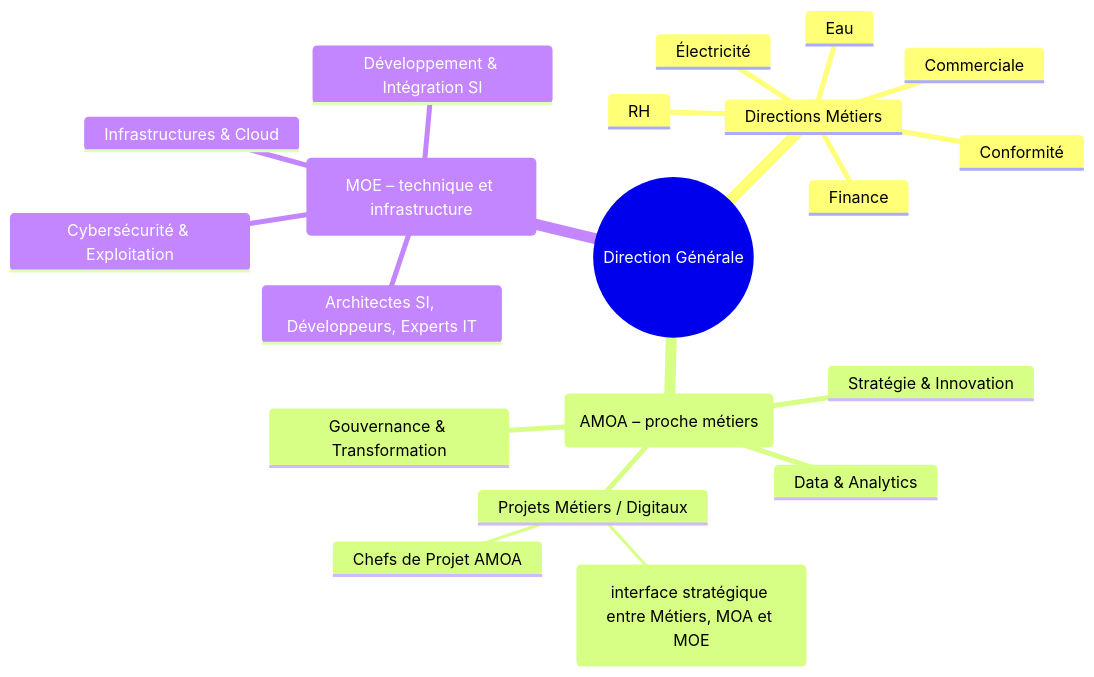
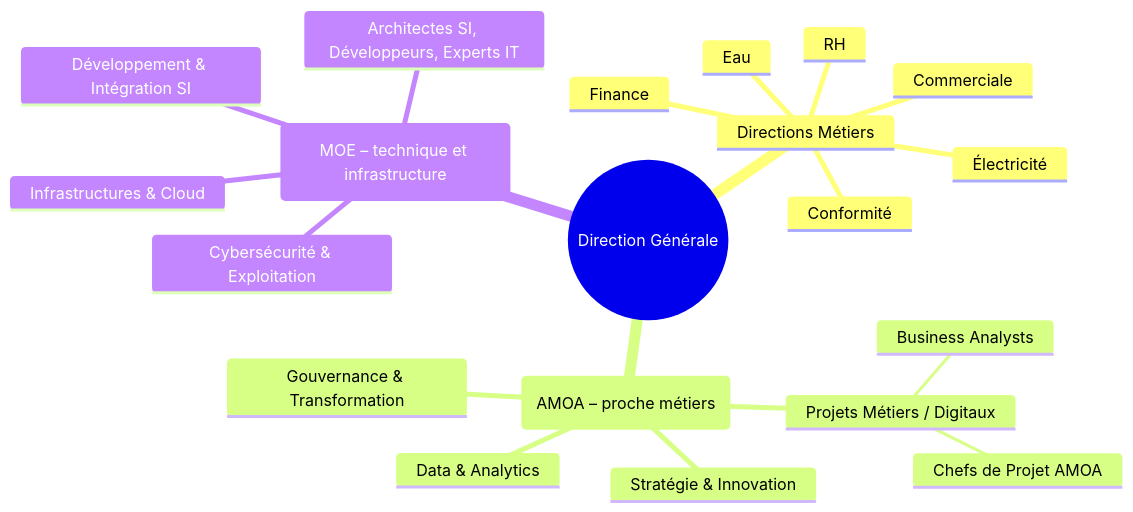
One commit to sanogotech/businessanalystBestPractices changed the diagram in portailWikiWeb/README.md. Above: the diagram before and after it, drawn with Mermaid.

````diff
--- a/portailWikiWeb/README.md
+++ b/portailWikiWeb/README.md
@@ -29,23 +29,23 @@
 ```mermaid
 mindmap
   root((Direction Générale))
     Directions Métiers
       Eau
       Électricité
       Commerciale
       Finance
       RH
       Conformité
     Direction Transformation Digitale (AMOA – proche métiers)
       Stratégie & Innovation
       Projets Métiers / Digitaux
-        Business Analysts (interface stratégique entre Métiers, MOA et MOE)
+        Business Analysts 
         Chefs de Projet AMOA
       Data & Analytics
       Gouvernance & Transformation
     DSI (MOE – technique et infrastructure)
       Développement & Intégration SI
       Infrastructures & Cloud
       Cybersécurité & Exploitation
       Architectes SI, Développeurs, Experts IT
 ```
````
